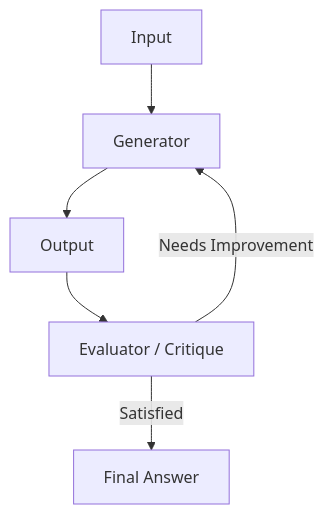
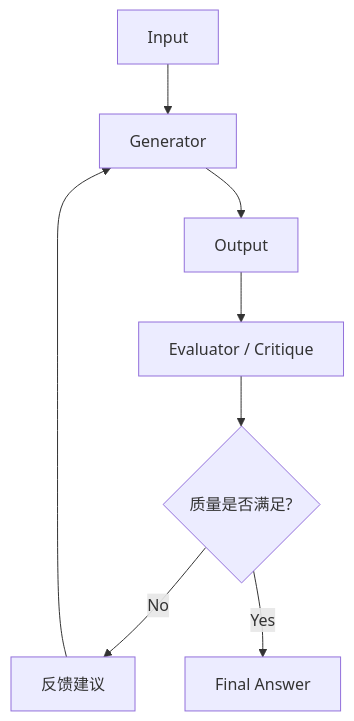
Before and after one commit to silenceboychen/blog: the fifth of 8 diagrams in source/_posts/AI-Agent-Design-Patterns-Comprehensive-Guide.md, drawn with Mermaid. The commit also changed other lines of this file, not shown here.

````diff
--- a/source/_posts/AI-Agent-Design-Patterns-Comprehensive-Guide.md
+++ b/source/_posts/AI-Agent-Design-Patterns-Comprehensive-Guide.md
@@ -102,8 +313,10 @@
 ```mermaid
 graph TD
     Input --> Generator
     Generator --> Output
     Output --> Evaluator[Evaluator / Critique]
-    Evaluator -- "Needs Improvement" --> Generator
-    Evaluator -- "Satisfied" --> Final[Final Answer]
+    Evaluator --> Check{质量是否满足?}
+    Check -- No --> Feedback[反馈建议]
+    Feedback --> Generator
+    Check -- Yes --> Final[Final Answer]
 ```
````
